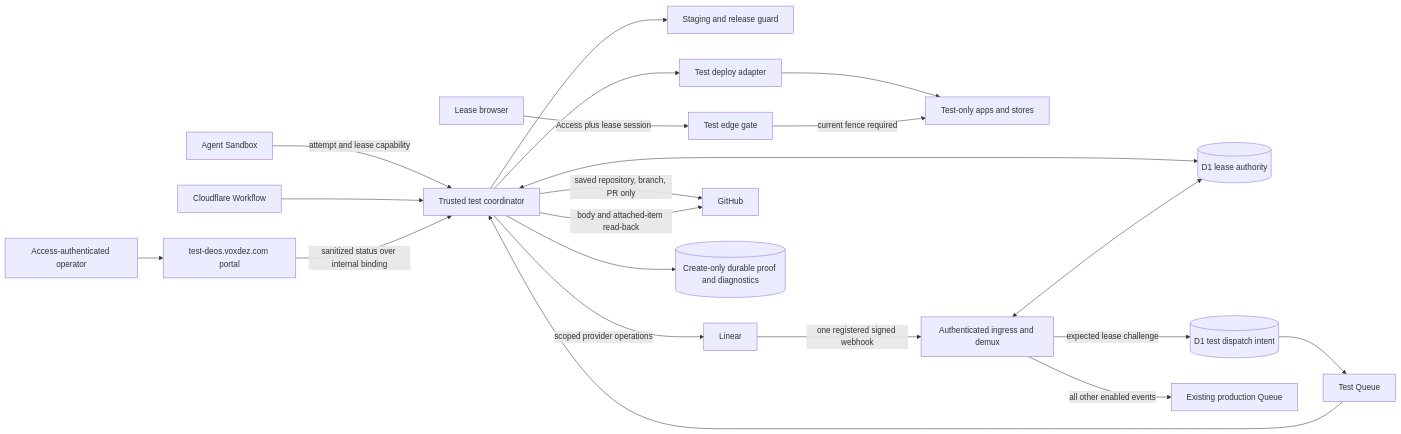
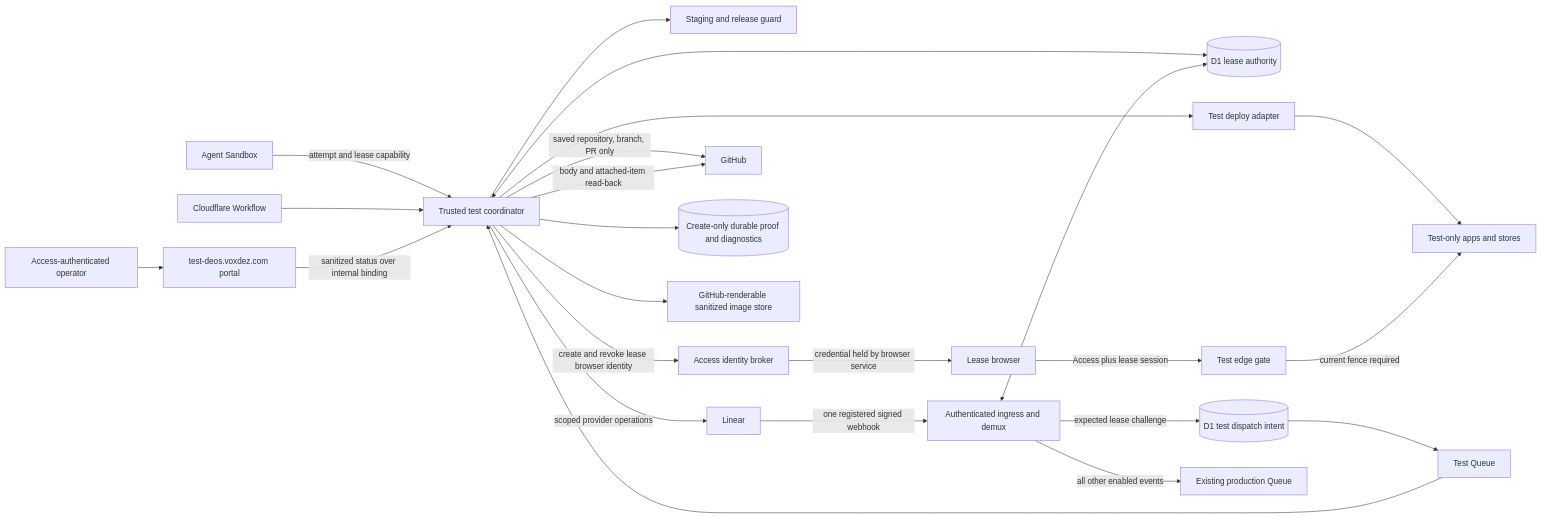
The diagram in openspec/changes/sac-253/design.md (sachinkundu/deos), drawn with Mermaid before and after one commit. The commit also changed other lines of this file, not shown here.

````diff
--- a/openspec/changes/sac-253/design.md
+++ b/openspec/changes/sac-253/design.md
@@ -47,23 +47,26 @@
 ```mermaid
 flowchart LR
     A[Agent Sandbox] -->|attempt and lease capability| C[Trusted test coordinator]
     W[Cloudflare Workflow] --> C
     C <--> D[(D1 lease authority)]
     C --> S[Staging and release guard]
     C --> X[Test deploy adapter]
     X --> T[Test-only apps and stores]
-    B[Lease browser] -->|Access plus lease session| E[Test edge gate]
+    C -->|create and revoke lease browser identity| AB[Access identity broker]
+    AB -->|credential held by browser service| B[Lease browser]
+    B -->|Access plus lease session| E[Test edge gate]
     E -->|current fence required| T
     O[Access-authenticated operator] --> P[test-deos.voxdez.com portal]
     P -->|sanitized status over internal binding| C
     L[Linear] -->|one registered signed webhook| I[Authenticated ingress and demux]
     I -->|expected lease challenge| TI[(D1 test dispatch intent)]
     TI --> TQ[Test Queue]
     TQ --> C
     I -->|all other enabled events| Q[Existing production Queue]
     I <--> D
     C -->|scoped provider operations| L
     C -->|saved repository, branch, PR only| G[GitHub]
     C --> R[(Create-only durable proof and diagnostics)]
+    C --> RI[GitHub-renderable sanitized image store]
     C -->|body and attached-item read-back| G
 ```
````
